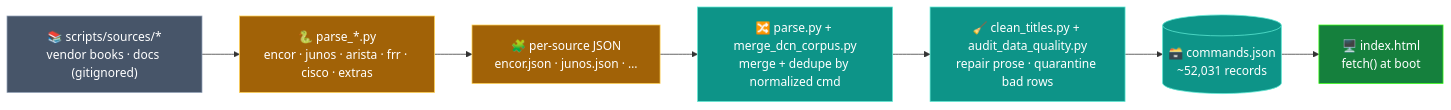
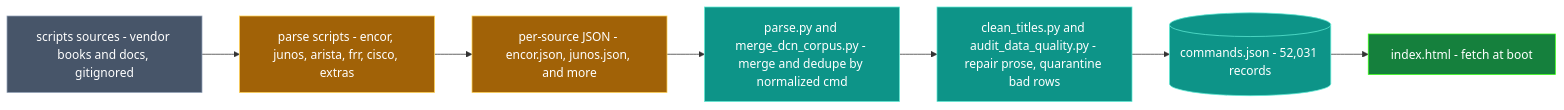
The fourth of 6 diagrams in docs/ARCHITECTURE.md (gesh75/multivendor-cli-configurator), drawn with Mermaid before and after one commit. The commit also changed other lines of this file and 1 other file, not shown here.

Commit message:
docs: harden mermaid diagrams for reliable GitHub rendering

````diff
--- a/docs/ARCHITECTURE.md
+++ b/docs/ARCHITECTURE.md
@@ -155,18 +155,18 @@
 ```mermaid
 flowchart LR
-    src["📚 scripts/sources/*<br/>vendor books · docs (gitignored)"]:::source
-    parsers["🐍 parse_*.py<br/>encor · junos · arista · frr · cisco · extras"]:::build
-    inter["🧩 per-source JSON<br/>encor.json · junos.json · …"]:::build
-    master["🔀 parse.py + merge_dcn_corpus.py<br/>merge + dedupe by normalized cmd"]:::accent
-    clean["🧹 clean_titles.py + audit_data_quality.py<br/>repair prose · quarantine bad rows"]:::accent
-    out[("🗃️ commands.json<br/>~52,031 records")]:::store
-    web["🖥️ index.html<br/>fetch() at boot"]:::core
+    src["scripts sources - vendor books and docs, gitignored"]:::source
+    parsers["parse scripts - encor, junos, arista, frr, cisco, extras"]:::build
+    inter["per-source JSON - encor.json, junos.json, and more"]:::build
+    master["parse.py and merge_dcn_corpus.py - merge and dedupe by normalized cmd"]:::accent
+    clean["clean_titles.py and audit_data_quality.py - repair prose, quarantine bad rows"]:::accent
+    out[("commands.json - 52,031 records")]:::store
+    web["index.html - fetch at boot"]:::core
 
     src --> parsers --> inter --> master --> clean --> out --> web
 
     classDef source fill:#475569,stroke:#94a3b8,color:#fff
     classDef build  fill:#a16207,stroke:#ffd152,color:#fff
     classDef accent fill:#0d9488,stroke:#5eead4,color:#fff
     classDef store  fill:#0d9488,stroke:#5eead4,color:#fff
     classDef core   fill:#15803d,stroke:#39ff14,color:#fff
 ```
````
